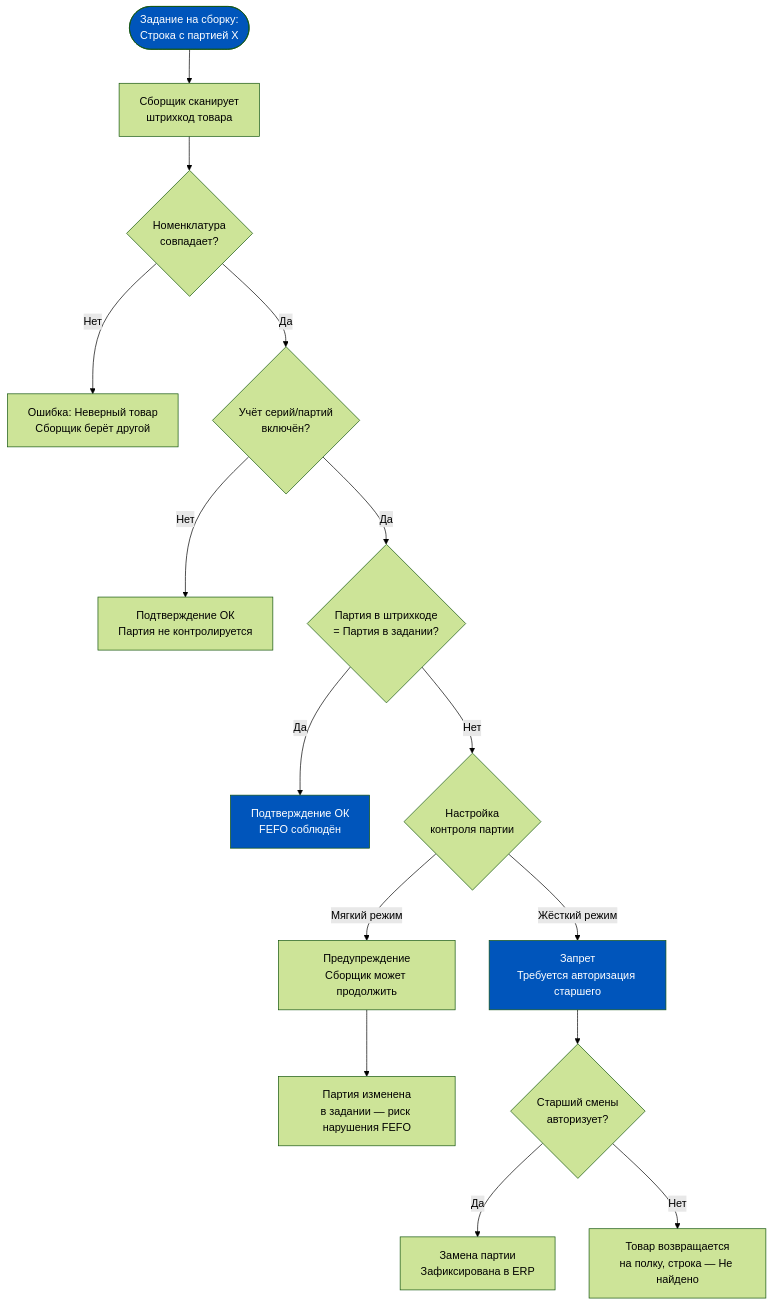
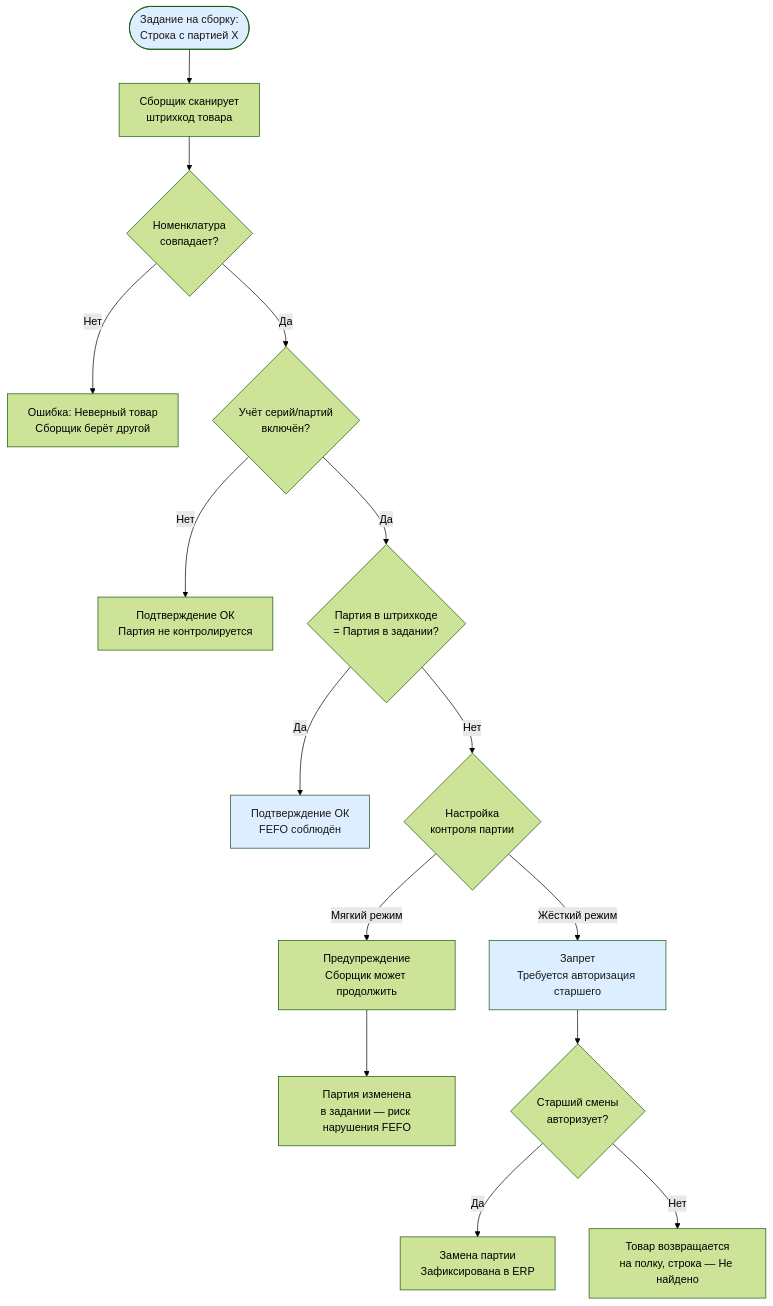
One commit to murad1986/1c-erp-quartz changed the third of 7 diagrams in content/1c-erp/week_6/Неделя 6 - День 3 - Рабочее место сборщика.md. Above: the diagram before and after it, drawn with Mermaid (forest theme). The commit also changed other lines of this file and 57 other files, not shown here.

First line of the commit message:
fix: Mermaid — пастельные цвета в источниках диаграмм (56 файлов)

````diff
--- a/content/1c-erp/week_6/Неделя 6 - День 3 - Рабочее место сборщика.md
+++ b/content/1c-erp/week_6/Неделя 6 - День 3 - Рабочее место сборщика.md
@@ -181,21 +181,21 @@
 ```mermaid
 flowchart TD
     A([Задание на сборку:<br/>Строка с партией X]) --> B[Сборщик сканирует<br/>штрихкод товара]
     B --> C{Номенклатура<br/>совпадает?}
     C -- Нет --> D[Ошибка: Неверный товар<br/>Сборщик берёт другой]
     C -- Да --> E{Учёт серий/партий<br/>включён?}
     E -- Нет --> F[Подтверждение ОК<br/>Партия не контролируется]
     E -- Да --> G{Партия в штрихкоде<br/>= Партия в задании?}
     G -- Да --> H[Подтверждение ОК<br/>FEFO соблюдён]
     G -- Нет --> I{Настройка<br/>контроля партии}
     I -- "Мягкий режим" --> J[Предупреждение<br/>Сборщик может продолжить]
     I -- "Жёсткий режим" --> K[Запрет<br/>Требуется авторизация старшего]
     J --> L[Партия изменена<br/>в задании — риск нарушения FEFO]
     K --> M{Старший смены<br/>авторизует?}
     M -- Да --> N[Замена партии<br/>Зафиксирована в ERP]
     M -- Нет --> O[Товар возвращается<br/>на полку, строка — Не найдено]
 
-    style A fill:#0055BB,color:#fff
-    style H fill:#0055BB,color:#fff
-    style K fill:#0055BB,color:#fff
+    style A fill:#dceeff,color:#1a1a1a
+    style H fill:#dceeff,color:#1a1a1a
+    style K fill:#dceeff,color:#1a1a1a
 ```
````
